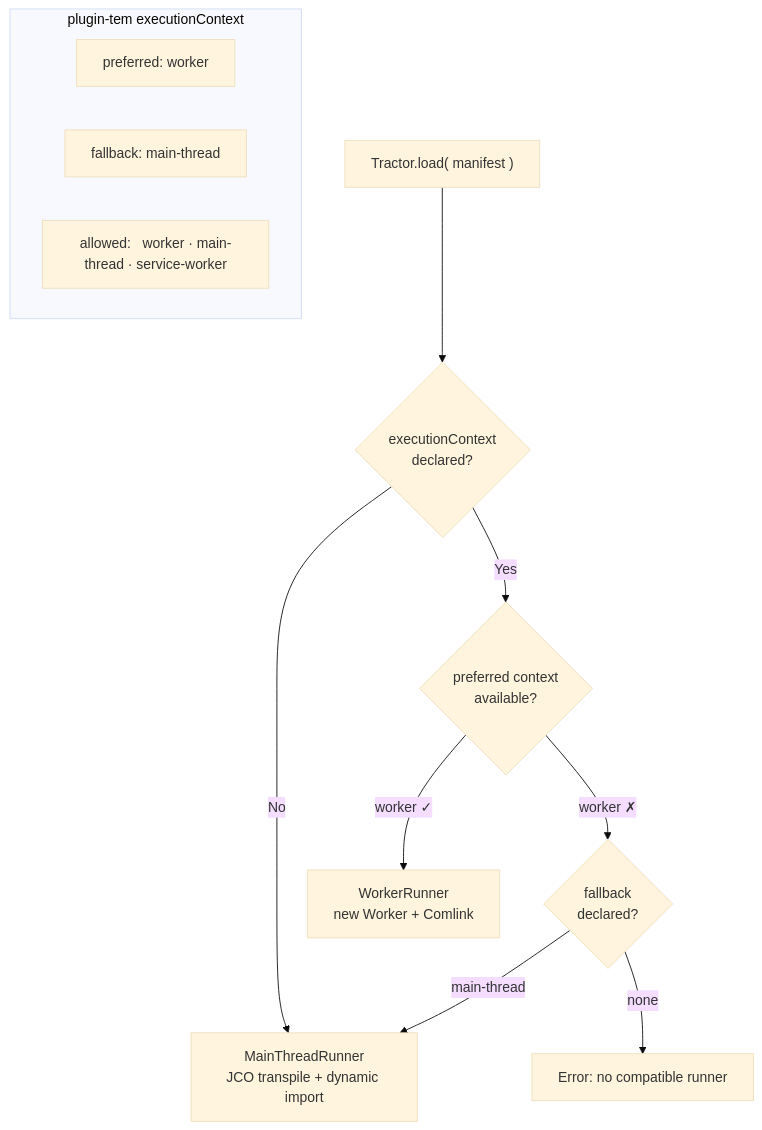
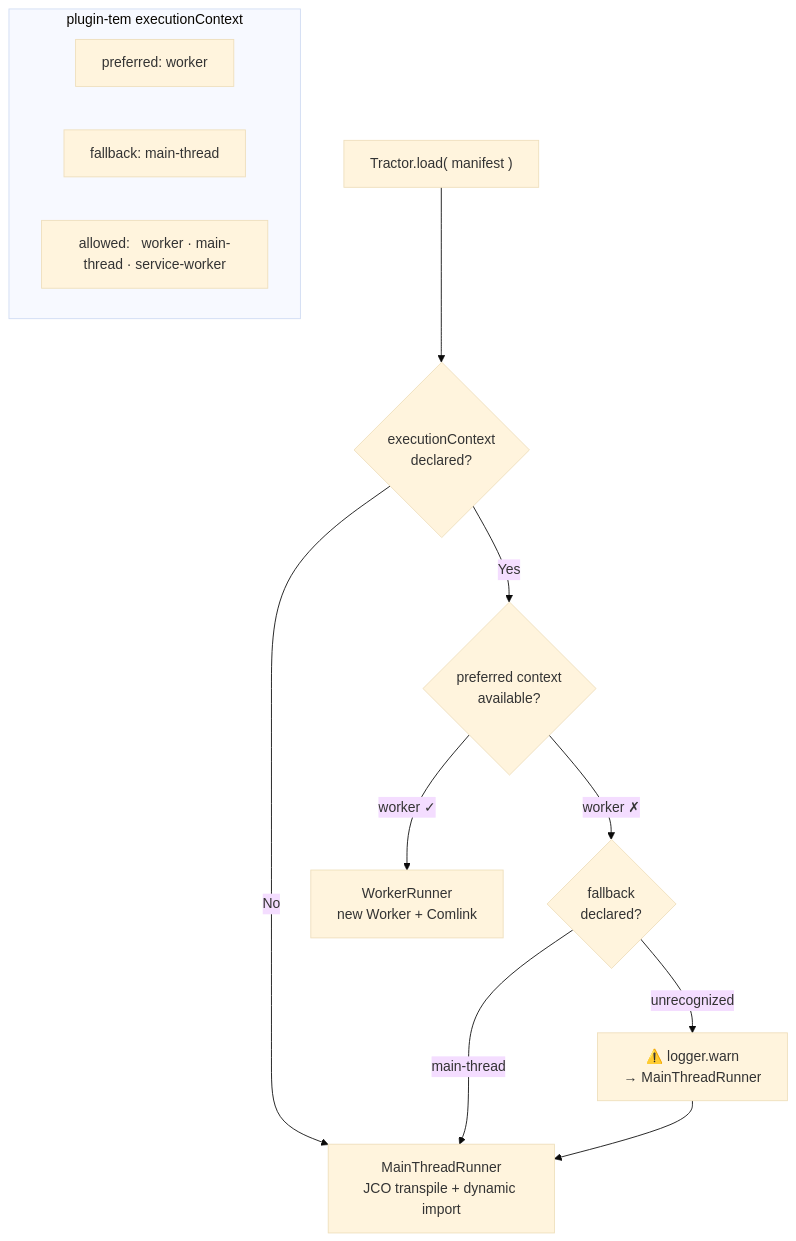
The diagram in docs/diagrams/plugin-execution-context.mermaid (aretw0/refarm), drawn with Mermaid (base theme) before and after one commit. The commit also changed 8 other files, not shown here.

First line of the commit message:
fix(diagrams): correct 4 inaccuracies found in audit

```diff
--- a/docs/diagrams/plugin-execution-context.mermaid
+++ b/docs/diagrams/plugin-execution-context.mermaid
@@ -1,22 +1,23 @@
 flowchart TD
     Load["Tractor.load( manifest )"]
     EC{"executionContext\ndeclared?"}
     Pref{"preferred context\navailable?"}
     FB{"fallback\ndeclared?"}
     WR["WorkerRunner\nnew Worker + Comlink"]
     MT["MainThreadRunner\nJCO transpile + dynamic import"]
-    ERR["Error: no compatible runner"]
+    WARN["⚠️ logger.warn\n→ MainThreadRunner"]
 
     Load --> EC
     EC -->|No| MT
     EC -->|Yes| Pref
     Pref -->|"worker ✓"| WR
     Pref -->|"worker ✗"| FB
     FB -->|"main-thread"| MT
-    FB -->|"none"| ERR
+    FB -->|"unrecognized"| WARN
+    WARN --> MT
 
     subgraph Example ["plugin-tem  executionContext"]
         T1["preferred: worker"]
         T2["fallback:  main-thread"]
         T3["allowed:   worker · main-thread · service-worker"]
     end
```
